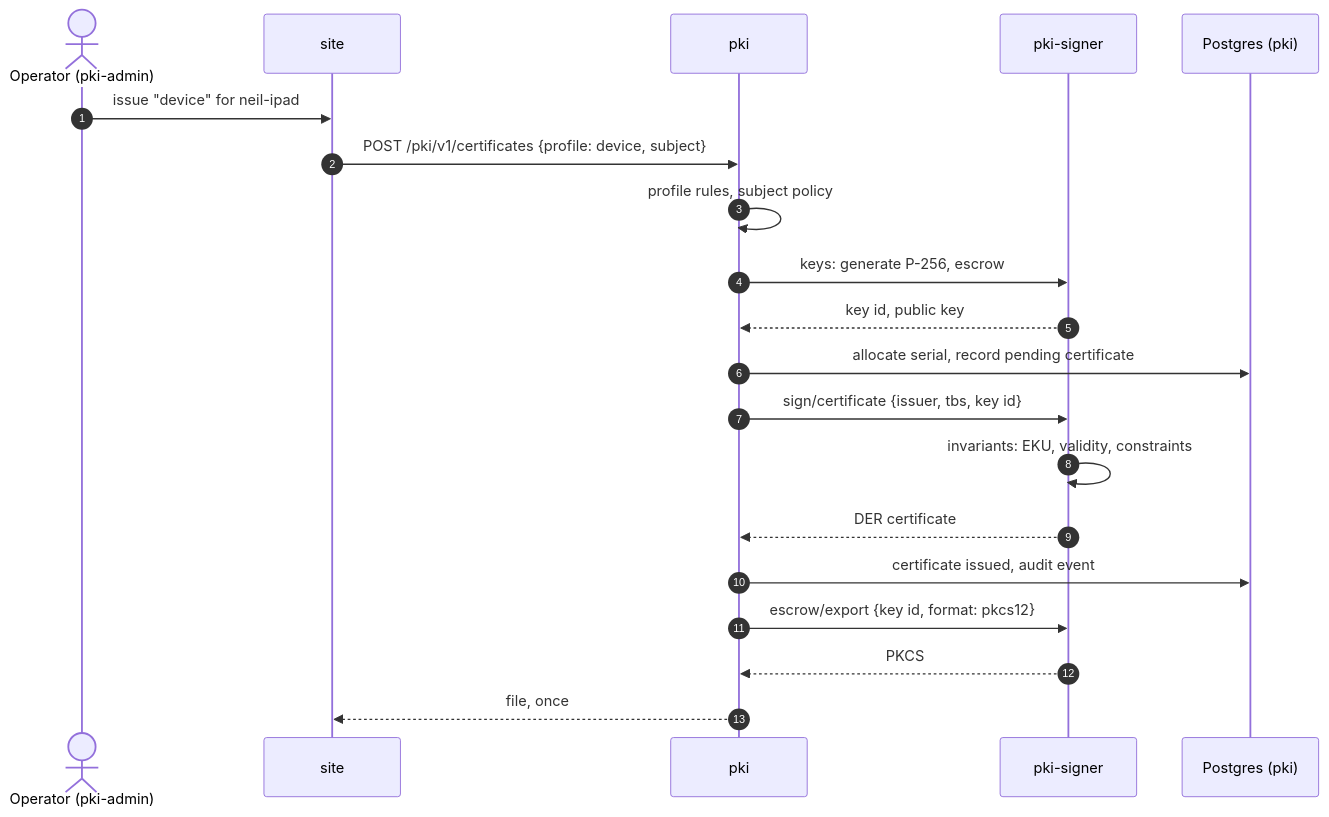
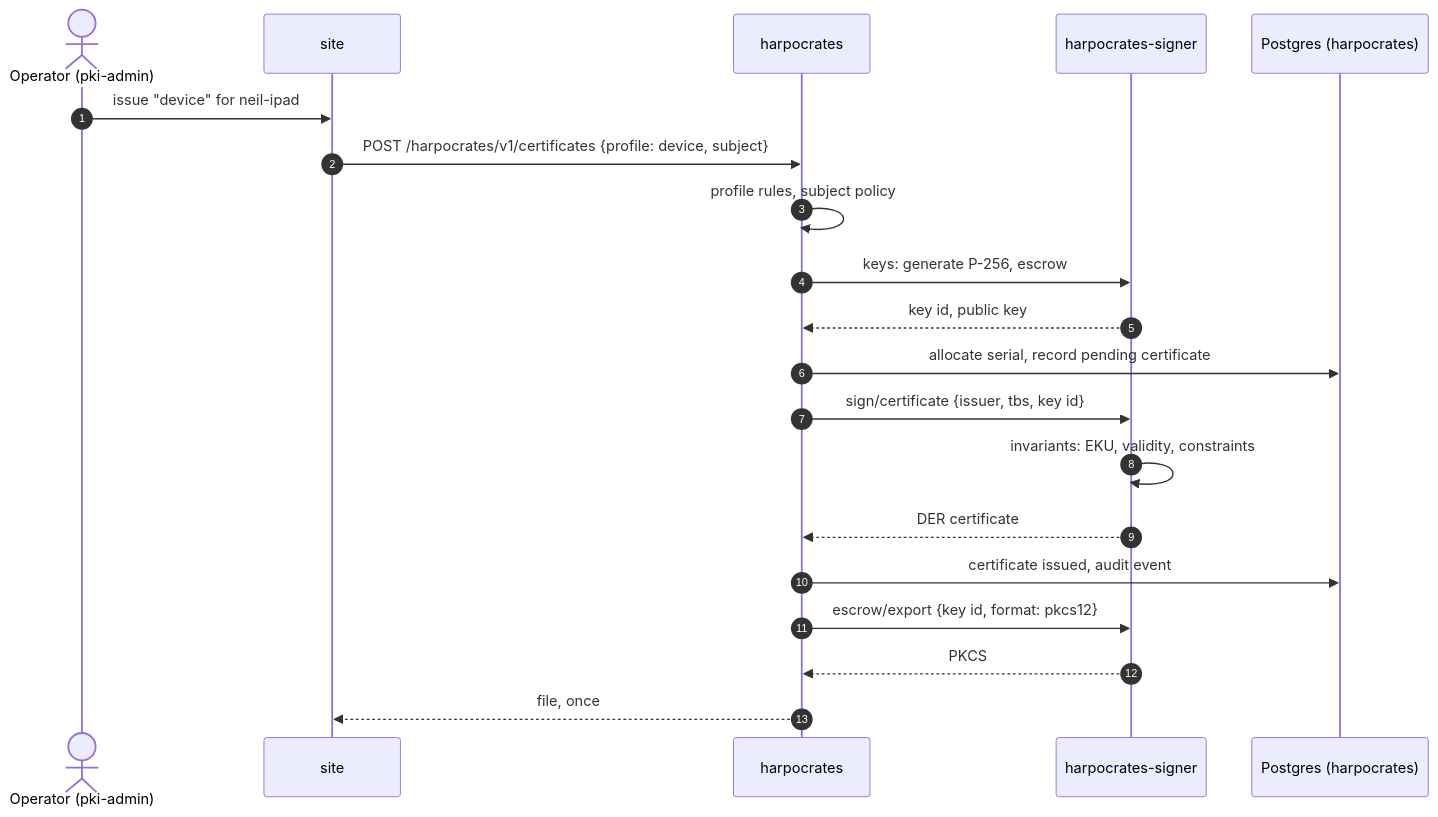
The second of 3 diagrams in docs/decisions/0020-internal-certificate-authority.md (ncfritz/olympus), drawn with Mermaid before and after one commit. The commit also changed other lines of this file and 7 other files, not shown here.

````diff
--- a/docs/decisions/0020-internal-certificate-authority.md
+++ b/docs/decisions/0020-internal-certificate-authority.md
@@ -357,23 +390,23 @@
 ```mermaid
 sequenceDiagram
   autonumber
   actor O as Operator (pki-admin)
   participant S as site
-  participant P as pki
-  participant G as pki-signer
-  participant D as Postgres (pki)
+  participant P as harpocrates
+  participant G as harpocrates-signer
+  participant D as Postgres (harpocrates)
 
   O->>S: issue "device" for neil-ipad
-  S->>P: POST /pki/v1/certificates {profile: device, subject}
+  S->>P: POST /harpocrates/v1/certificates {profile: device, subject}
   P->>P: profile rules, subject policy
   P->>G: keys: generate P-256, escrow
   G-->>P: key id, public key
   P->>D: allocate serial, record pending certificate
   P->>G: sign/certificate {issuer, tbs, key id}
   G->>G: invariants: EKU, validity, constraints
   G-->>P: DER certificate
   P->>D: certificate issued, audit event
   P->>G: escrow/export {key id, format: pkcs12}
   G-->>P: PKCS#12 (passphrase from the operator)
   P-->>S: file, once
 ```
````
